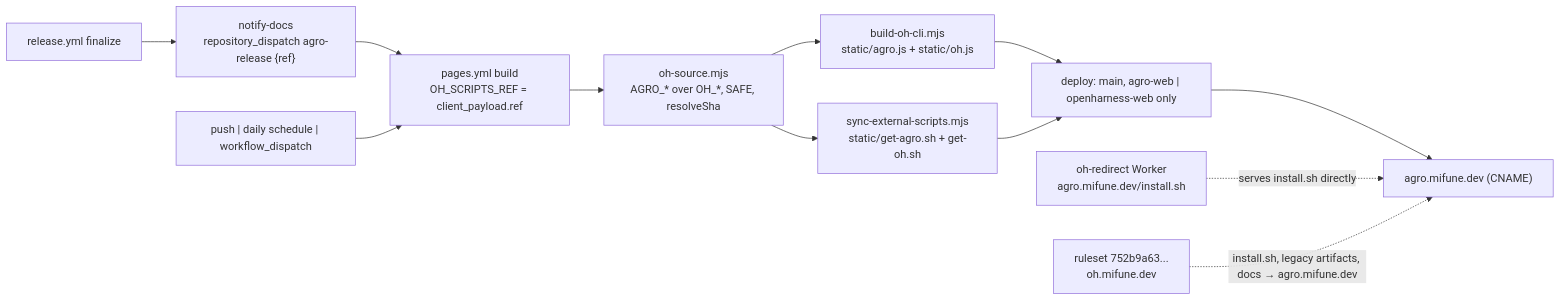
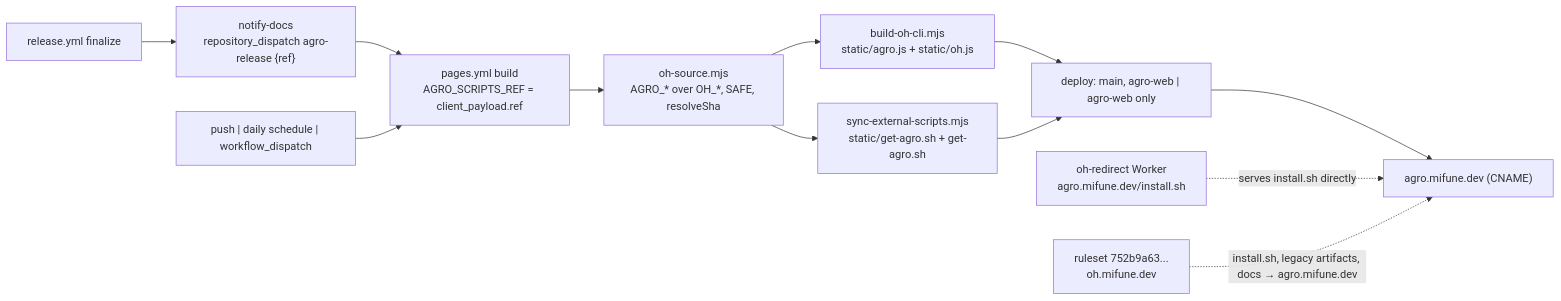
The diagram in .agro/knowledge/source/agro-web-pipeline.md (mifunedev/agro), drawn with Mermaid before and after one commit. The commit also changed other lines of this file and 304 other files, not shown here.

````diff
--- a/.agro/knowledge/source/agro-web-pipeline.md
+++ b/.agro/knowledge/source/agro-web-pipeline.md
@@ -59,14 +59,14 @@
 ```mermaid
 flowchart LR
   REL["release.yml finalize"] --> ND["notify-docs<br/>repository_dispatch agro-release {ref}"]
-  ND --> PG["pages.yml build<br/>OH_SCRIPTS_REF = client_payload.ref"]
+  ND --> PG["pages.yml build<br/>AGRO_SCRIPTS_REF = client_payload.ref"]
   SCHED["push | daily schedule | workflow_dispatch"] --> PG
   PG --> SRC["oh-source.mjs<br/>AGRO_* over OH_*, SAFE, resolveSha"]
   SRC --> CLI["build-oh-cli.mjs<br/>static/agro.js + static/oh.js"]
-  SRC --> SYNC["sync-external-scripts.mjs<br/>static/get-agro.sh + get-oh.sh"]
-  CLI --> DEPLOY["deploy: main, agro-web | openharness-web only"]
+  SRC --> SYNC["sync-external-scripts.mjs<br/>static/get-agro.sh + get-agro.sh"]
+  CLI --> DEPLOY["deploy: main, agro-web | agro-web only"]
   SYNC --> DEPLOY
   DEPLOY --> HOST["agro.mifune.dev (CNAME)"]
   WORKER["oh-redirect Worker<br/>agro.mifune.dev/install.sh"] -. "serves install.sh directly" .-> HOST
   CF["ruleset 752b9a63...<br/>oh.mifune.dev"] -. "install.sh, legacy artifacts, docs → agro.mifune.dev" .-> HOST
 ```
````
